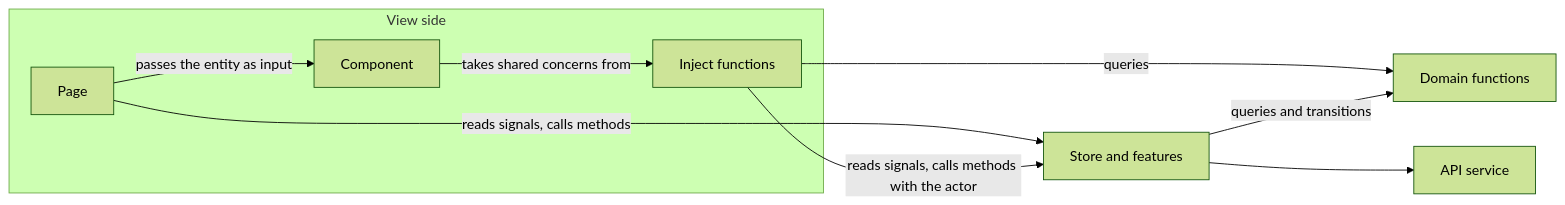
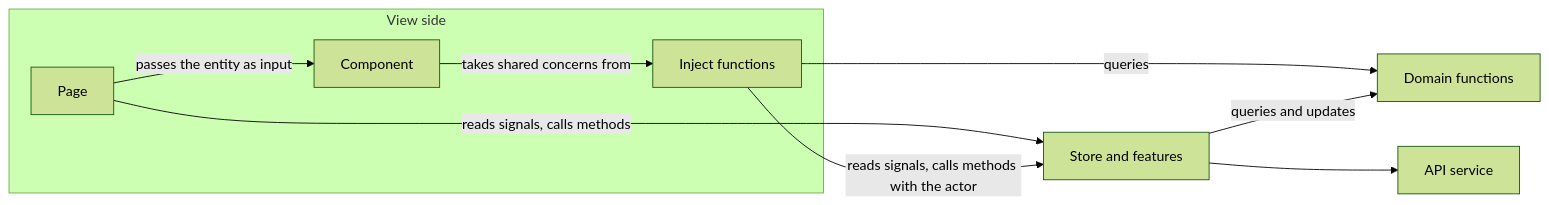
One commit to samisalami/angular-signal-store-patterns changed the diagram in README.md. Above: the diagram before and after it, drawn with Mermaid (forest theme). The commit also changed 8 other files, not shown here.

````diff
--- a/README.md
+++ b/README.md
@@ -17,19 +17,19 @@
 ```mermaid
 flowchart LR
   subgraph view [View side]
     Page[Page]
     Component[Component]
     Inject[Inject functions]
   end
   Store[Store and features]
   Domain[Domain functions]
   Api[API service]
 
   Page -- "reads signals, calls methods" --> Store
   Page -- "passes the entity as input" --> Component
   Component -- "takes shared concerns from" --> Inject
   Inject -- "reads signals, calls methods with the actor" --> Store
   Inject -- "queries" --> Domain
-  Store -- "queries and transitions" --> Domain
+  Store -- "queries and updates" --> Domain
   Store --> Api
 ```
````
